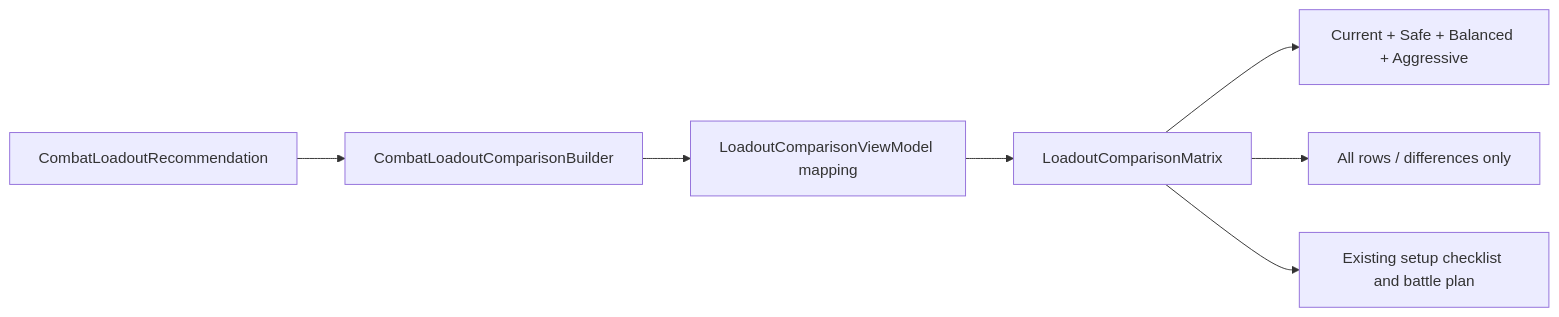
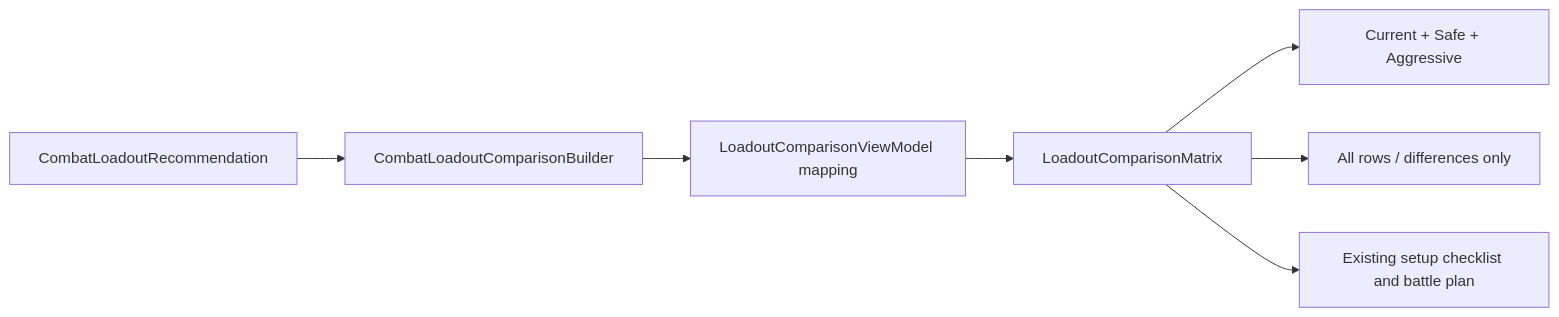
One commit to JackTam9999/TaiWuHelper changed the diagram in docs/architecture/LOADOUT-COMPARISON-PRESENTATION.md. Above: the diagram before and after it, drawn with Mermaid. The commit also changed other lines of this file and 15 other files, not shown here.

````diff
--- a/docs/architecture/LOADOUT-COMPARISON-PRESENTATION.md
+++ b/docs/architecture/LOADOUT-COMPARISON-PRESENTATION.md
@@ -28,9 +29,9 @@
 ```mermaid
 flowchart LR
     A["CombatLoadoutRecommendation"] --> B["CombatLoadoutComparisonBuilder"]
     B --> C["LoadoutComparisonViewModel mapping"]
     C --> D["LoadoutComparisonMatrix"]
-    D --> E["Current + Safe + Balanced + Aggressive"]
+    D --> E["Current + Safe + Aggressive"]
     D --> F["All rows / differences only"]
     D --> G["Existing setup checklist and battle plan"]
 ```
````
